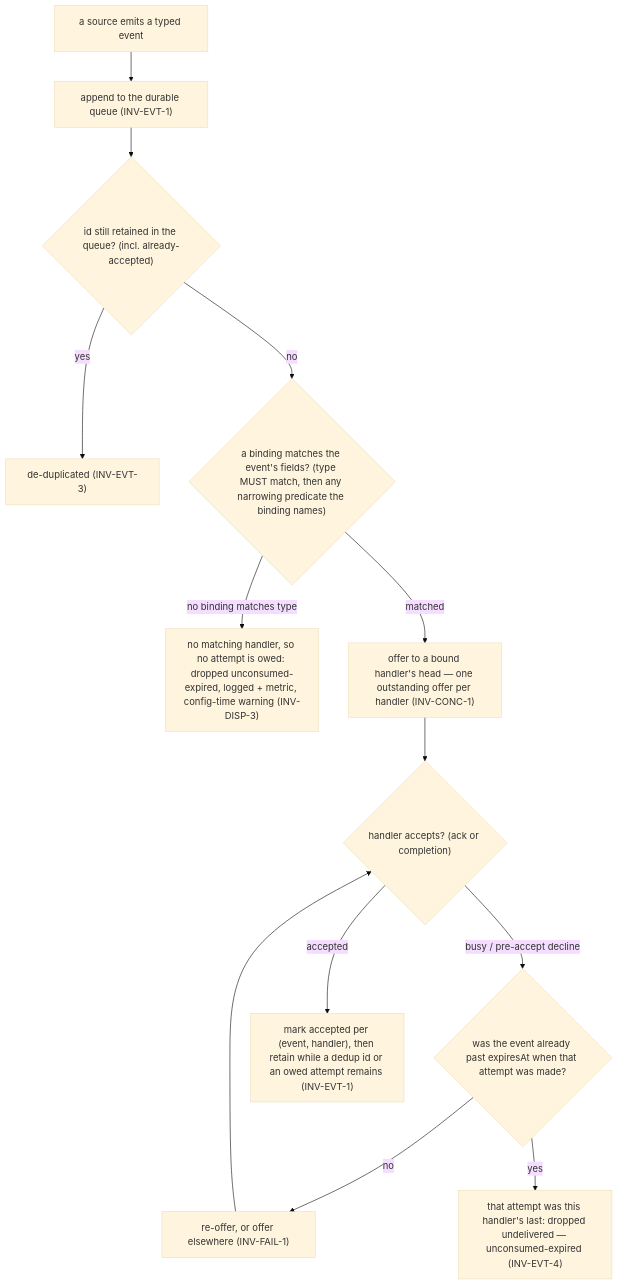
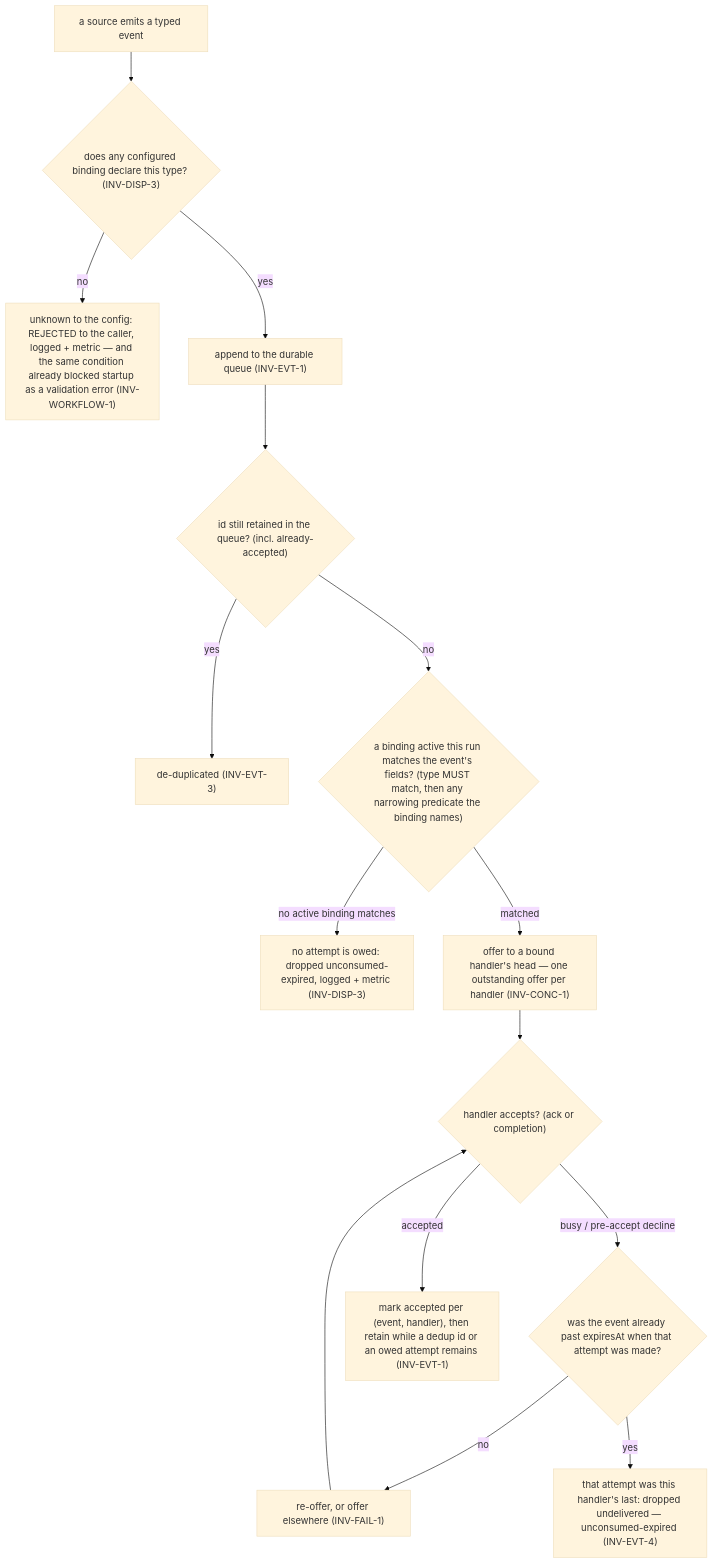
The first of 2 diagrams in packages/pr-pool/docs/behavior/invariants.md (phillipgreenii/nix-agent-support), drawn with Mermaid (base theme) before and after one commit. The commit also changed other lines of this file and 6 other files, not shown here.

````diff
--- a/packages/pr-pool/docs/behavior/invariants.md
+++ b/packages/pr-pool/docs/behavior/invariants.md
@@ -17,15 +17,17 @@
 ```mermaid
 flowchart TD
-    emit["a source emits a typed event"] --> enq["append to the durable queue (INV-EVT-1)"]
+    emit["a source emits a typed event"] --> known{"does any configured binding declare this type? (INV-DISP-3)"}
+    known -->|no| rej["unknown to the config: REJECTED to the caller, logged + metric — and the same condition already blocked startup as a validation error (INV-WORKFLOW-1)"]
+    known -->|yes| enq["append to the durable queue (INV-EVT-1)"]
     enq --> dedup{"id still retained in the queue? (incl. already-accepted)"}
     dedup -->|yes| drop["de-duplicated (INV-EVT-3)"]
-    dedup -->|no| match{"a binding matches the event's fields? (type MUST match, then any narrowing predicate the binding names)"}
-    match -->|no binding matches type| noh["no matching handler, so no attempt is owed: dropped unconsumed-expired, logged + metric, config-time warning (INV-DISP-3)"]
+    dedup -->|no| match{"a binding active this run matches the event's fields? (type MUST match, then any narrowing predicate the binding names)"}
+    match -->|"no active binding matches"| noh["no attempt is owed: dropped unconsumed-expired, logged + metric (INV-DISP-3)"]
     match -->|matched| offer["offer to a bound handler's head — one outstanding offer per handler (INV-CONC-1)"]
     offer --> acc{"handler accepts? (ack or completion)"}
     acc -->|"busy / pre-accept decline"| exp{"was the event already past expiresAt when that attempt was made?"}
     exp -->|no| reoffer["re-offer, or offer elsewhere (INV-FAIL-1)"]
     reoffer --> acc
     exp -->|yes| expire["that attempt was this handler's last: dropped undelivered — unconsumed-expired (INV-EVT-4)"]
     acc -->|accepted| mark["mark accepted per (event, handler), then retain while a dedup id or an owed attempt remains (INV-EVT-1)"]
 ```
````
